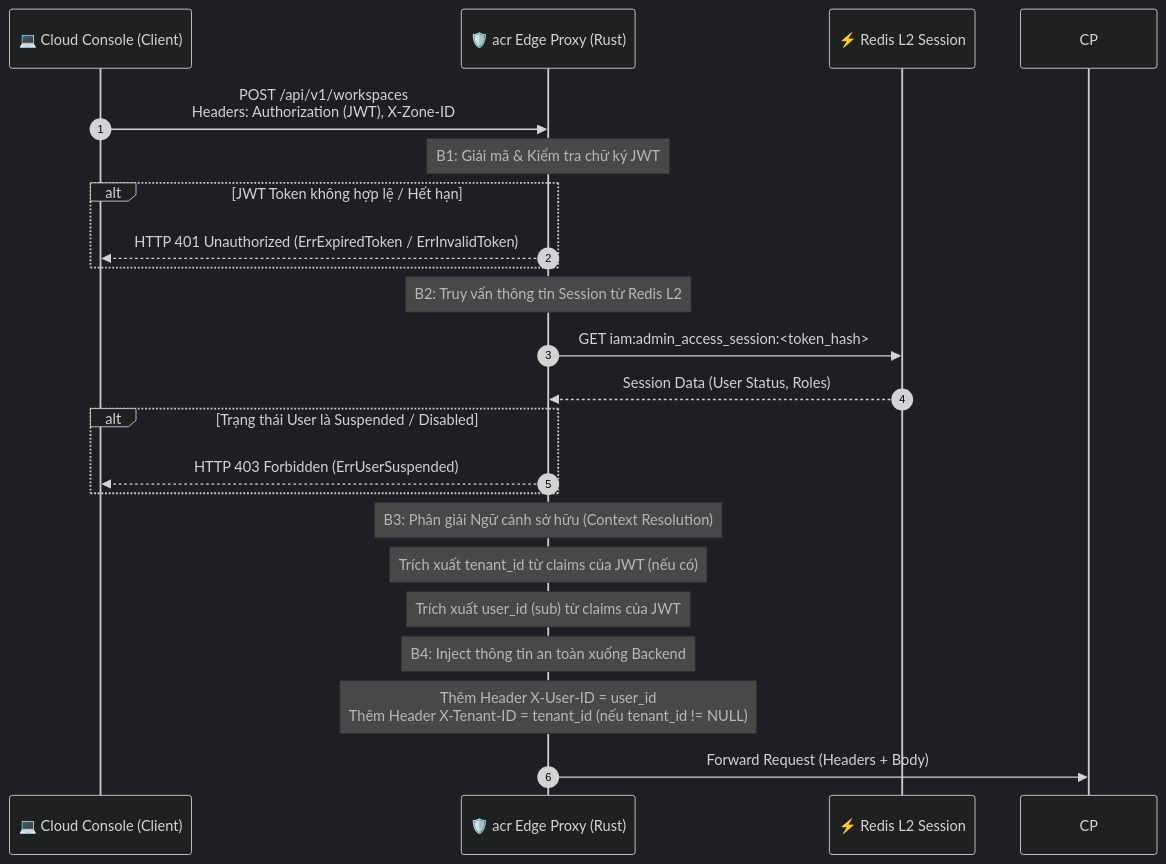
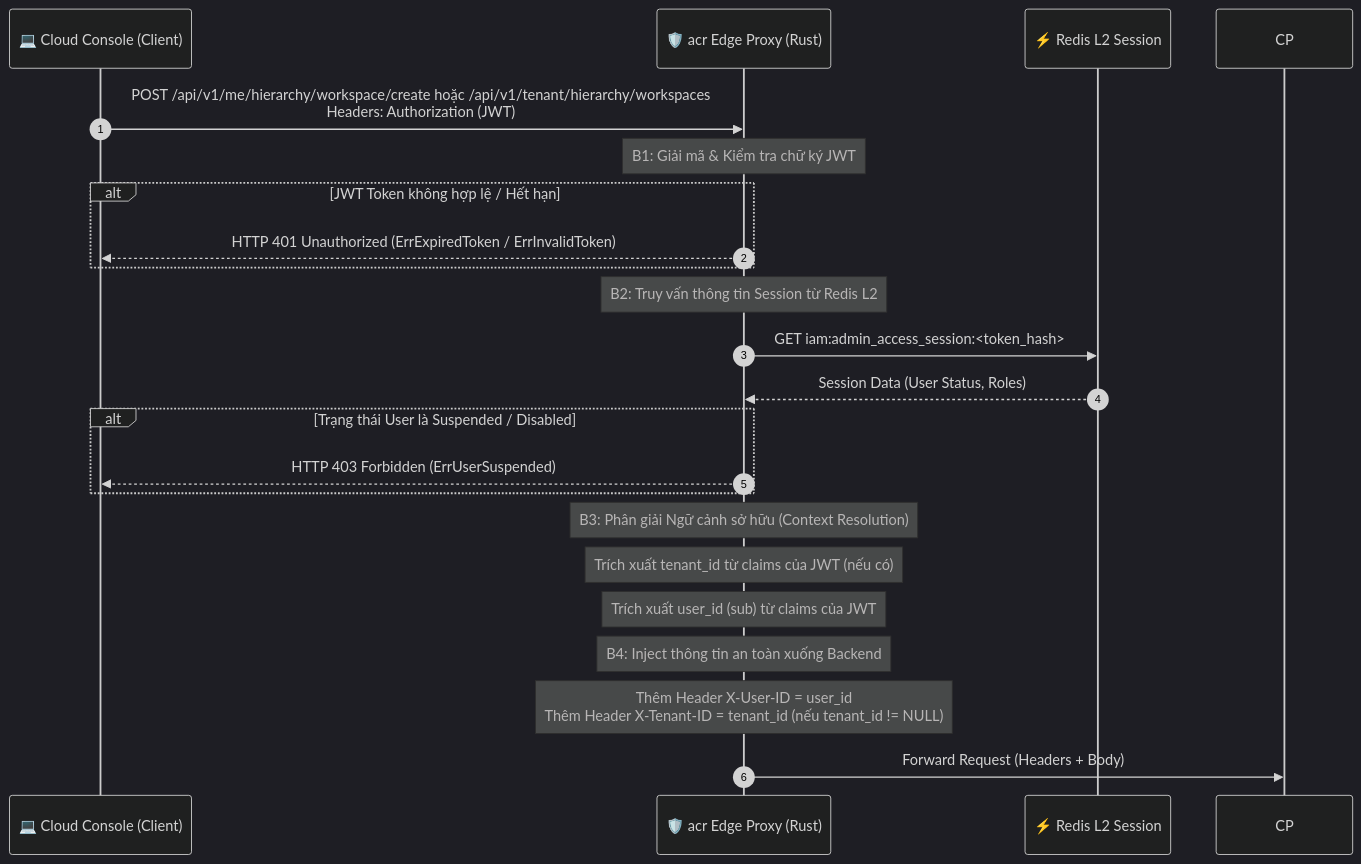
Before and after one commit to phucle996/aurora: the second of 3 diagrams in god_view/hierarchy/organizational_hierarchy_and_workspace_creation_god_view.md, drawn with Mermaid (dark theme). The commit also changed other lines of this file and 67 other files, not shown here.

````diff
--- a/god_view/hierarchy/organizational_hierarchy_and_workspace_creation_god_view.md
+++ b/god_view/hierarchy/organizational_hierarchy_and_workspace_creation_god_view.md
@@ -80,29 +80,29 @@
 ```mermaid
 sequenceDiagram
     autonumber
     participant UI as 💻 Cloud Console (Client)
     participant acr as 🛡️ acr Edge Proxy (Rust)
     participant L2 as ⚡ Redis L2 Session
 
-    UI->>acr: POST /api/v1/workspaces<br/>Headers: Authorization (JWT), X-Zone-ID
+    UI->>acr: POST /api/v1/me/hierarchy/workspace/create hoặc /api/v1/tenant/hierarchy/workspaces<br/>Headers: Authorization (JWT)
     Note over acr: B1: Giải mã & Kiểm tra chữ ký JWT
     alt JWT Token không hợp lệ / Hết hạn
         acr-->>UI: HTTP 401 Unauthorized (ErrExpiredToken / ErrInvalidToken)
     end
 
     Note over acr: B2: Truy vấn thông tin Session từ Redis L2
     acr->>L2: GET iam:admin_access_session:<token_hash>
     L2-->>acr: Session Data (User Status, Roles)
     alt Trạng thái User là Suspended / Disabled
         acr-->>UI: HTTP 403 Forbidden (ErrUserSuspended)
     end
 
     Note over acr: B3: Phân giải Ngữ cảnh sở hữu (Context Resolution)
     Note over acr: Trích xuất tenant_id từ claims của JWT (nếu có)
     Note over acr: Trích xuất user_id (sub) từ claims của JWT
     
     Note over acr: B4: Inject thông tin an toàn xuống Backend
     Note over acr: Thêm Header X-User-ID = user_id<br/>Thêm Header X-Tenant-ID = tenant_id (nếu tenant_id != NULL)
     
     acr->>CP: Forward Request (Headers + Body)
 ```
````
